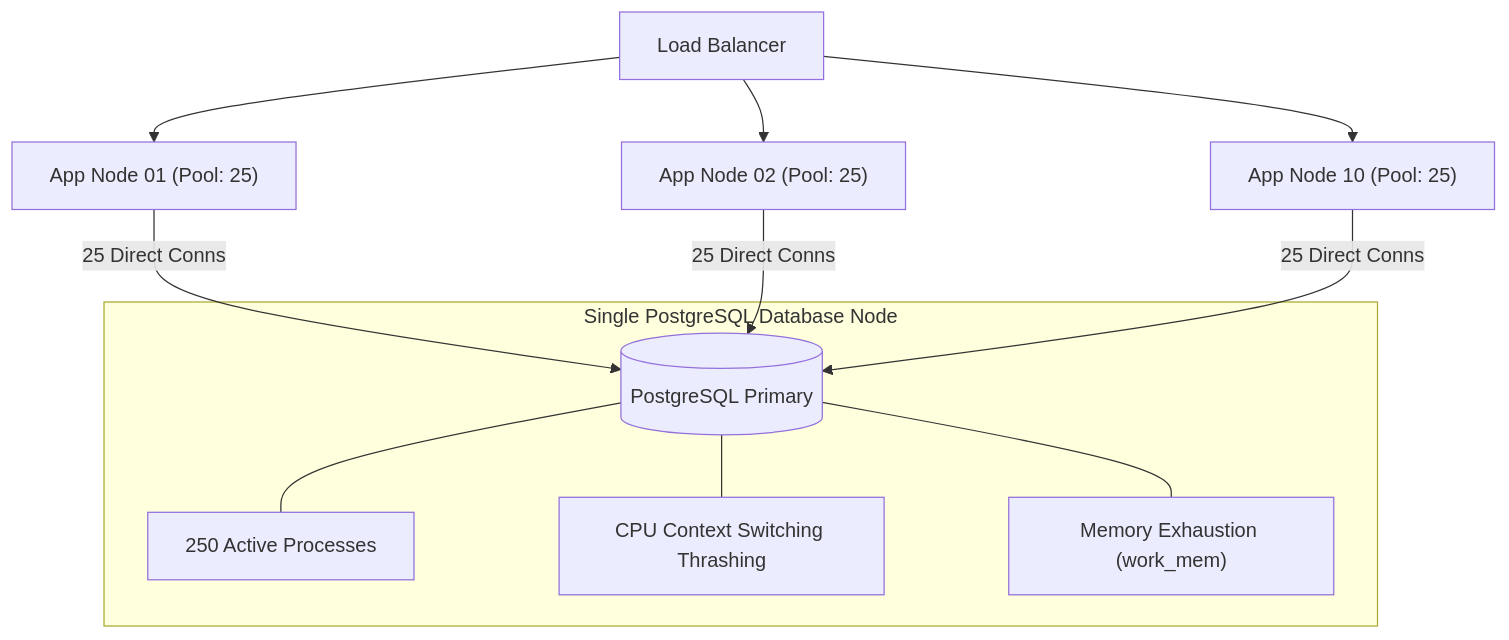
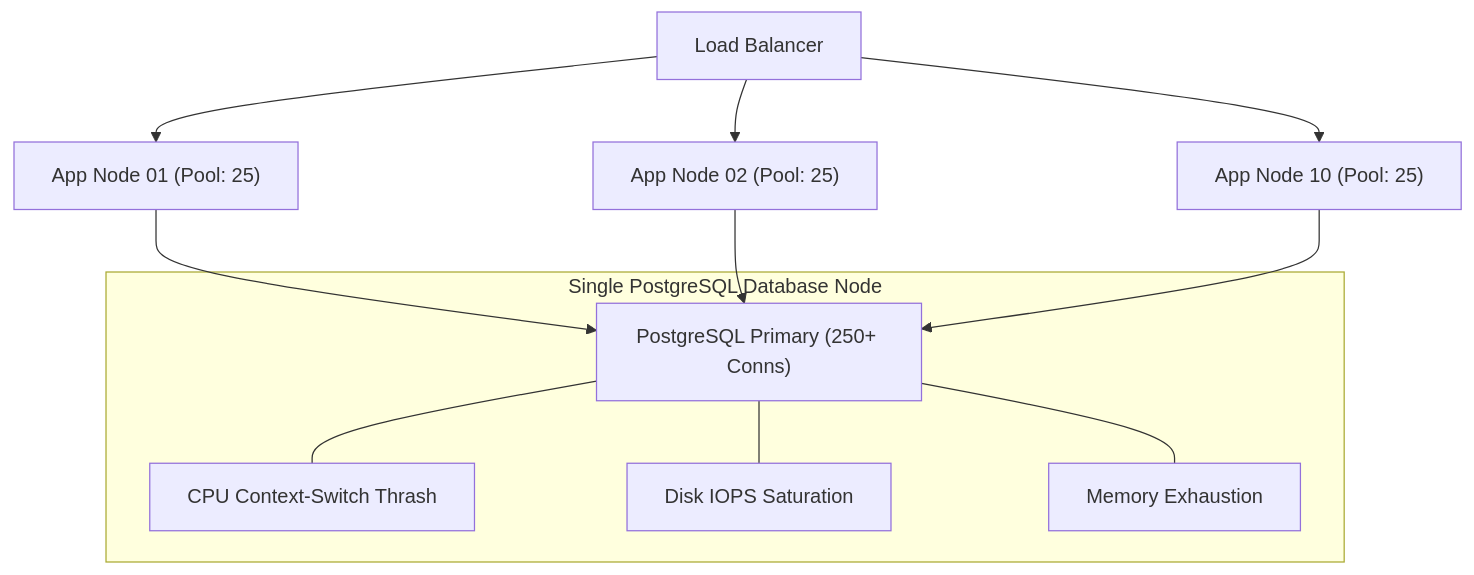
The second of 5 diagrams in days/phase-2-database-becomes-the-problem/day-06-app-scales-db-doesnt/README.md (userhimanshuverma/30_Days_of_Building_Systems_That_Scale), drawn with Mermaid before and after one commit. The commit also changed other lines of this file, not shown here.

Commit message:
fix(docs): remove HTML break tags from Mermaid node strings for clean SVG rendering

````diff
--- a/days/phase-2-database-becomes-the-problem/day-06-app-scales-db-doesnt/README.md
+++ b/days/phase-2-database-becomes-the-problem/day-06-app-scales-db-doesnt/README.md
@@ -222,17 +222,17 @@
 ```mermaid
 graph TD
     LB["Load Balancer"] --> App1["App Node 01 (Pool: 25)"]
     LB --> App2["App Node 02 (Pool: 25)"]
     LB --> App3["App Node 10 (Pool: 25)"]
 
-    App1 -->|25 Direct Conns| DB
-    App2 -->|25 Direct Conns| DB
-    App3 -->|25 Direct Conns| DB
+    App1 --> DB
+    App2 --> DB
+    App3 --> DB
 
-    subgraph DB_Bottleneck ["Single PostgreSQL Database Node"]
-        DB[(PostgreSQL Primary)]
-        DB --- C1["250 Active Processes"]
-        DB --- C2["CPU Context Switching Thrashing"]
-        DB --- C3["Memory Exhaustion (work_mem)"]
+    subgraph Database ["Single PostgreSQL Database Node"]
+        DB["PostgreSQL Primary (250+ Conns)"]
+        DB --- C1["CPU Context-Switch Thrash"]
+        DB --- C2["Disk IOPS Saturation"]
+        DB --- C3["Memory Exhaustion"]
     end
 ```
````
